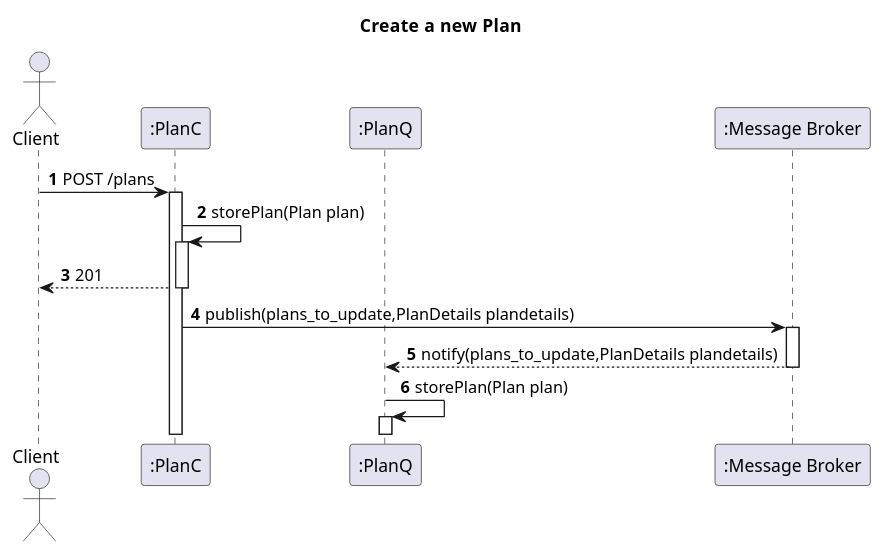
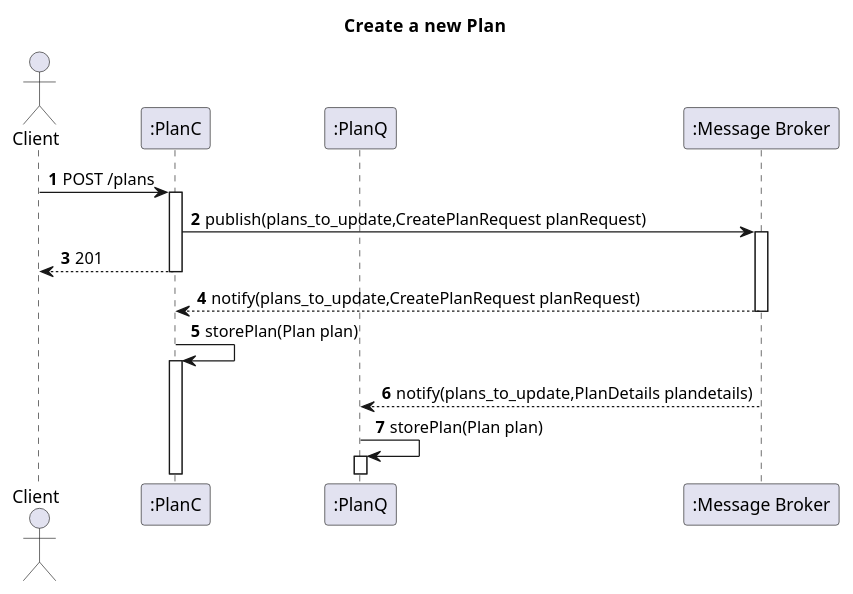
One commit to IsepMartimOliveira/SIDIS changed the diagram in docs_sidis/Segunda_Avalição/Plans/Vista_Logica/N2/N2_Create_Plan.puml. Above: the diagram before and after it, drawn with PlantUML. The commit also changed 7 other files, not shown here.

```diff
--- a/docs_sidis/Segunda_Avalição/Plans/Vista_Logica/N2/N2_Create_Plan.puml
+++ b/docs_sidis/Segunda_Avalição/Plans/Vista_Logica/N2/N2_Create_Plan.puml
@@ -1,33 +1,38 @@
 @startuml
 'https://plantuml.com/sequence-diagram
 autoactivate on
 autonumber
 title  Create  a new Plan
 
 autonumber
 
 actor "Client" as Ac
 participant ":PlanC" as Auth
 participant ":PlanQ" as Serv
 
 participant ":Message Broker" as Broker
 
 
 Ac->Auth:POST /plans
+Auth->Broker: publish(plans_to_update,CreatePlanRequest planRequest)
+
+Auth-->Ac:201
+Broker-->Auth:notify(plans_to_update,CreatePlanRequest planRequest)
 Auth->Auth:storePlan(Plan plan)
-Auth-->Ac:201
-Auth->Broker: publish(plans_to_update,PlanDetails plandetails)
+
 Broker-->Serv:notify(plans_to_update,PlanDetails plandetails)
+
+
 Serv->Serv:storePlan(Plan plan)
 
 
 
 
 
 
 
 
 
 
 
 @enduml
```
